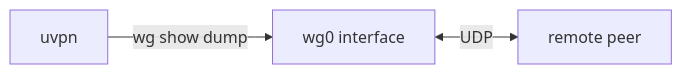
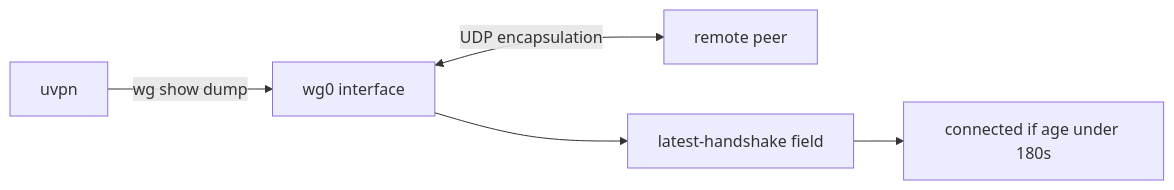
Before and after one commit to roto31/Tunnel-Monitor---Universal: the first of 4 diagrams in docs/vpn-solutions/wireguard.md, drawn with Mermaid. The commit also changed other lines of this file and 25 other files, not shown here.

First line of the commit message:
Docs: add vendor citations, topology SVGs, and updated Mermaid.

````diff
--- a/docs/vpn-solutions/wireguard.md
+++ b/docs/vpn-solutions/wireguard.md
@@ -24,5 +28,7 @@
 ```mermaid
 flowchart LR
-    IF[wg0 interface] <-->|UDP| PEER[remote peer]
+    IF[wg0 interface] <-->|UDP encapsulation| PEER[remote peer]
     uvpn -->|wg show dump| IF
+    IF --> HS[latest-handshake field]
+    HS --> HEU[connected if age under 180s]
 ```
````
